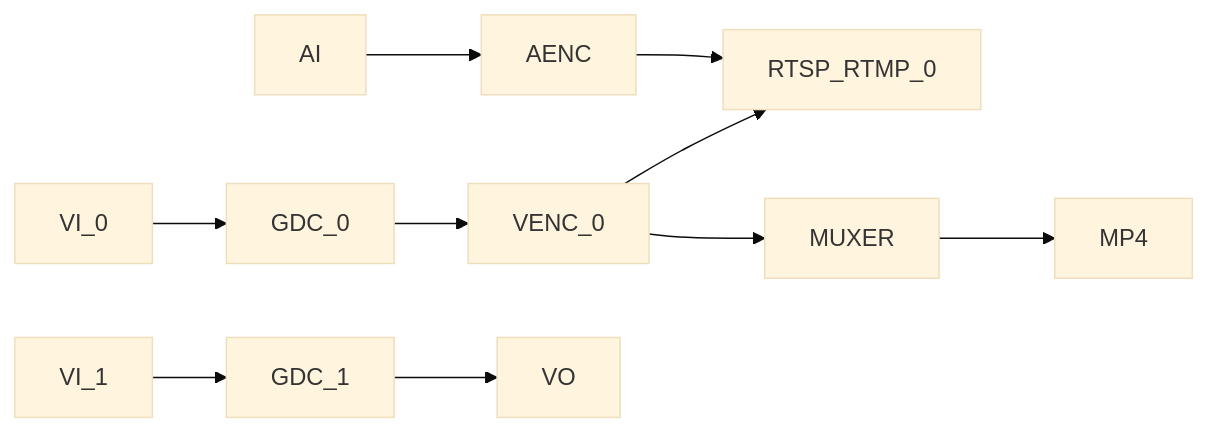
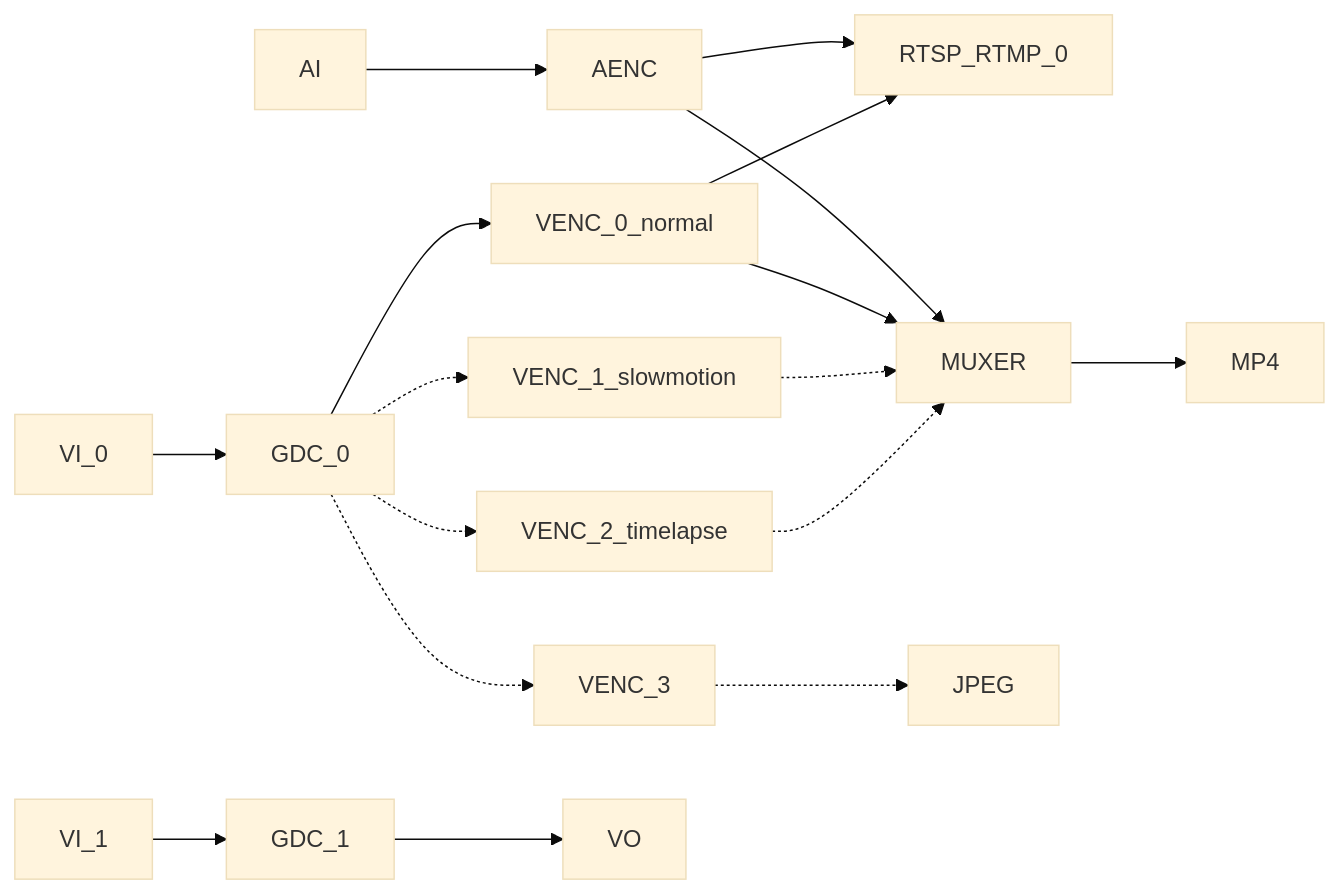
One commit to mixtile-rockchip/mixtile-sdk-linux-app-rkipc changed diagram 17 of 17 in docs/Rockchip_Developer_Guide_Linux_RKIPC_CN.md. Above: the diagram before and after it, drawn with Mermaid (base theme). The commit also changed other lines of this file and 1 other file, not shown here.

````diff
--- a/docs/Rockchip_Developer_Guide_Linux_RKIPC_CN.md
+++ b/docs/Rockchip_Developer_Guide_Linux_RKIPC_CN.md
@@ -367,7 +368,11 @@
 ```mermaid
 graph LR
 	AI-->AENC-->RTSP_RTMP_0
-	VI_0-->GDC_0-->VENC_0-->MUXER-->MP4
-	VENC_0-->RTSP_RTMP_0
+	AENC-->MUXER
+	VI_0-->GDC_0-->VENC_0_normal-->MUXER-->MP4
+	GDC_0-.->VENC_1_slowmotion-.->MUXER
+	GDC_0-.->VENC_2_timelapse-.->MUXER
+	VENC_0_normal-->RTSP_RTMP_0
+	GDC_0-.->VENC_3-.->JPEG
 	VI_1-->GDC_1-->VO
 ```
````
